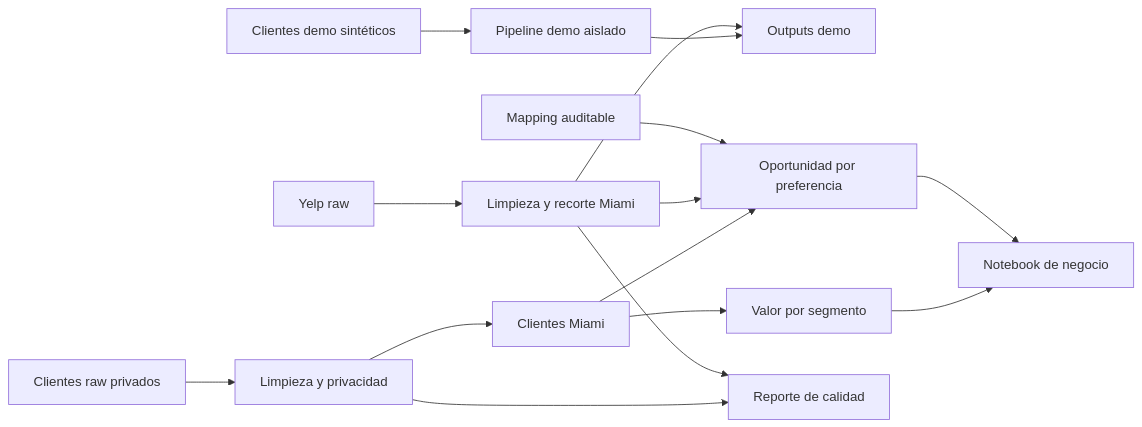
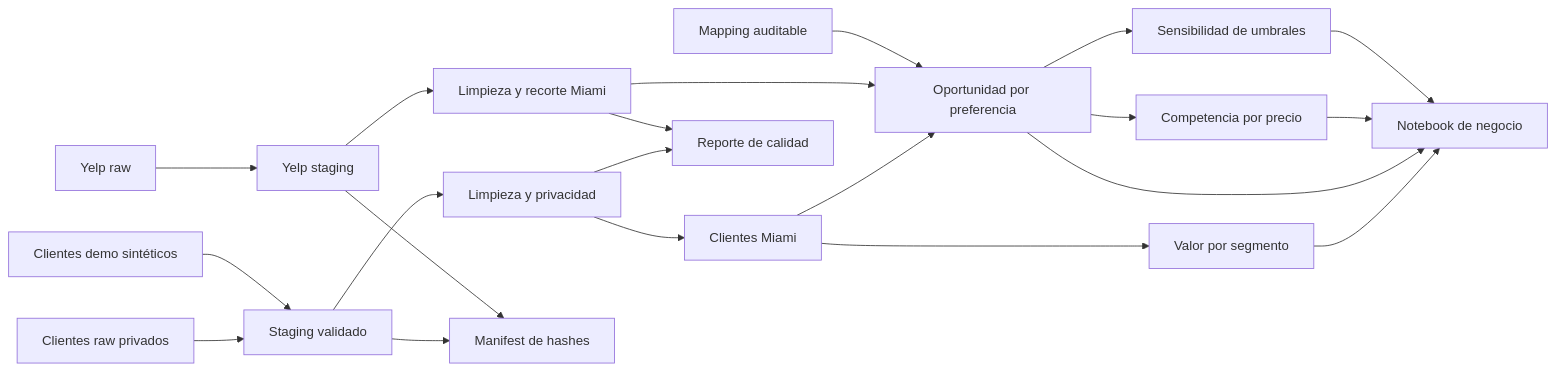
Before and after one commit to HeKoXCode/miami-restaurant-opportunity-etl: the diagram in README.md, drawn with Mermaid. The commit also changed other lines of this file and 44 other files, not shown here.

````diff
--- a/README.md
+++ b/README.md
@@ -49,17 +51,23 @@
 ```mermaid
 flowchart LR
-  A[Clientes raw privados] --> B[Limpieza y privacidad]
-  A2[Clientes demo sintéticos] --> B2[Pipeline demo aislado]
-  C[Yelp raw] --> D[Limpieza y recorte Miami]
+  A[Clientes raw privados] --> S[Staging validado]
+  A2[Clientes demo sintéticos] --> S
+  S --> B[Limpieza y privacidad]
+  C[Yelp raw] --> S2[Yelp staging]
+  S2 --> D[Limpieza y recorte Miami]
   B --> E[Clientes Miami]
-  B2 --> E2[Outputs demo]
-  D --> E2
   E --> F[Valor por segmento]
   E --> G[Oportunidad por preferencia]
   D --> G
   H[Mapping auditable] --> G
   F --> I[Notebook de negocio]
   G --> I
+  G --> K[Competencia por precio]
+  G --> L[Sensibilidad de umbrales]
+  K --> I
+  L --> I
+  S --> M[Manifest de hashes]
+  S2 --> M
   B --> J[Reporte de calidad]
   D --> J
 ```
````
